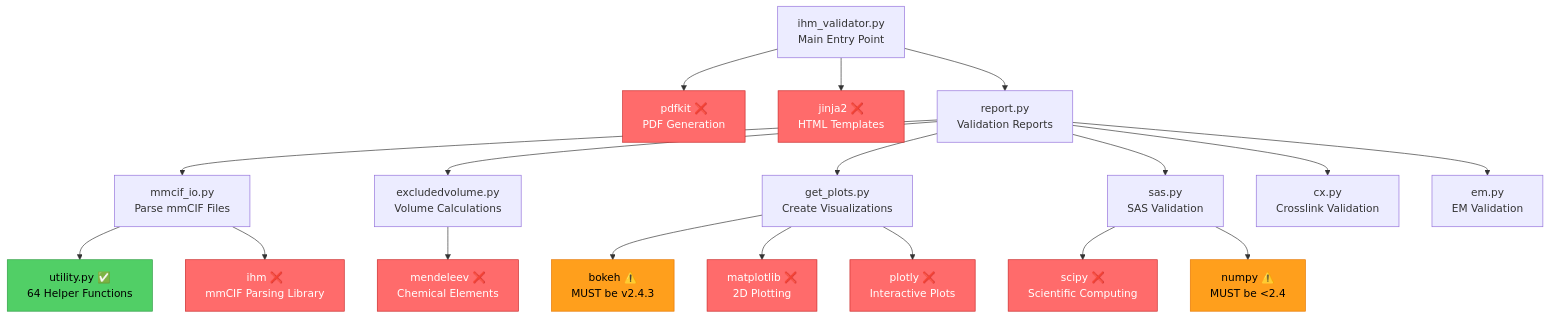
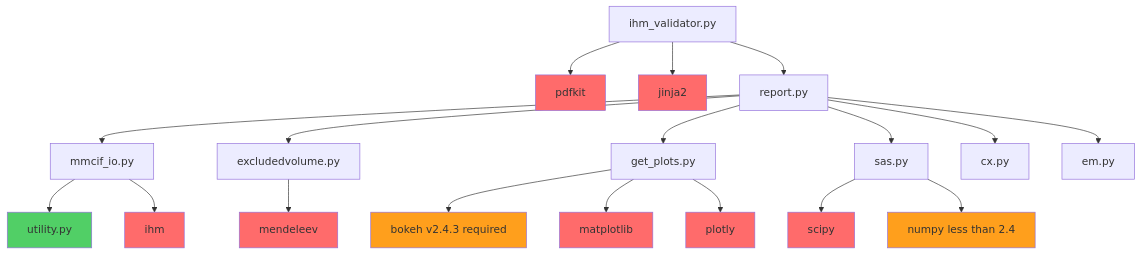
The second of 3 diagrams in README.md (ShravyaRS/IHMValidation-Analysis), drawn with Mermaid before and after one commit. The commit also changed other lines of this file, not shown here.

Commit message:
Fix README: remove emojis and fix Mermaid diagram syntax

````diff
--- a/README.md
+++ b/README.md
@@ -124,37 +122,37 @@
 ```mermaid
 graph TB
-    A[ihm_validator.py<br/>Main Entry Point] --> B[pdfkit ❌<br/>PDF Generation]
-    A --> C[jinja2 ❌<br/>HTML Templates]
-    A --> D[report.py<br/>Validation Reports]
+    A[ihm_validator.py] --> B[pdfkit]
+    A --> C[jinja2]
+    A --> D[report.py]
     
-    D --> E[mmcif_io.py<br/>Parse mmCIF Files]
-    D --> F[excludedvolume.py<br/>Volume Calculations]
-    D --> G[get_plots.py<br/>Create Visualizations]
-    D --> H[sas.py<br/>SAS Validation]
-    D --> I[cx.py<br/>Crosslink Validation]
-    D --> J[em.py<br/>EM Validation]
+    D --> E[mmcif_io.py]
+    D --> F[excludedvolume.py]
+    D --> G[get_plots.py]
+    D --> H[sas.py]
+    D --> I[cx.py]
+    D --> J[em.py]
     
-    E --> K[utility.py ✅<br/>64 Helper Functions]
-    E --> L[ihm ❌<br/>mmCIF Parsing Library]
+    E --> K[utility.py]
+    E --> L[ihm]
     
-    F --> M[mendeleev ❌<br/>Chemical Elements]
+    F --> M[mendeleev]
     
-    G --> N[bokeh ⚠️<br/>MUST be v2.4.3]
+    G --> N[bokeh v2.4.3 required]
     
-    H --> O[scipy ❌<br/>Scientific Computing]
-    H --> P[numpy ⚠️<br/>MUST be <2.4]
+    H --> O[scipy]
+    H --> P[numpy less than 2.4]
     
-    G --> Q[matplotlib ❌<br/>2D Plotting]
-    G --> R[plotly ❌<br/>Interactive Plots]
+    G --> Q[matplotlib]
+    G --> R[plotly]
     
-    style K fill:#51cf66,stroke:#2f9e44,color:#000
-    style B fill:#ff6b6b,stroke:#c92a2a,color:#fff
-    style C fill:#ff6b6b,stroke:#c92a2a,color:#fff
-    style L fill:#ff6b6b,stroke:#c92a2a,color:#fff
-    style M fill:#ff6b6b,stroke:#c92a2a,color:#fff
-    style N fill:#ff9f1c,stroke:#e67700,color:#000
-    style O fill:#ff6b6b,stroke:#c92a2a,color:#fff
-    style P fill:#ff9f1c,stroke:#e67700,color:#000
-    style Q fill:#ff6b6b,stroke:#c92a2a,color:#fff
-    style R fill:#ff6b6b,stroke:#c92a2a,color:#fff
+    style K fill:#51cf66
+    style B fill:#ff6b6b
+    style C fill:#ff6b6b
+    style L fill:#ff6b6b
+    style M fill:#ff6b6b
+    style N fill:#ff9f1c
+    style O fill:#ff6b6b
+    style P fill:#ff9f1c
+    style Q fill:#ff6b6b
+    style R fill:#ff6b6b
 ```
````
